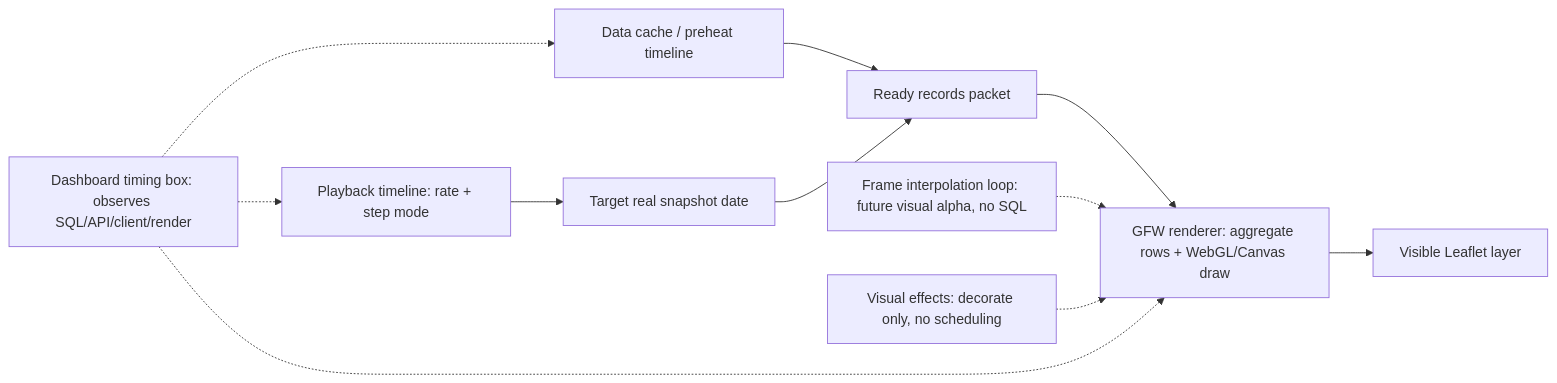
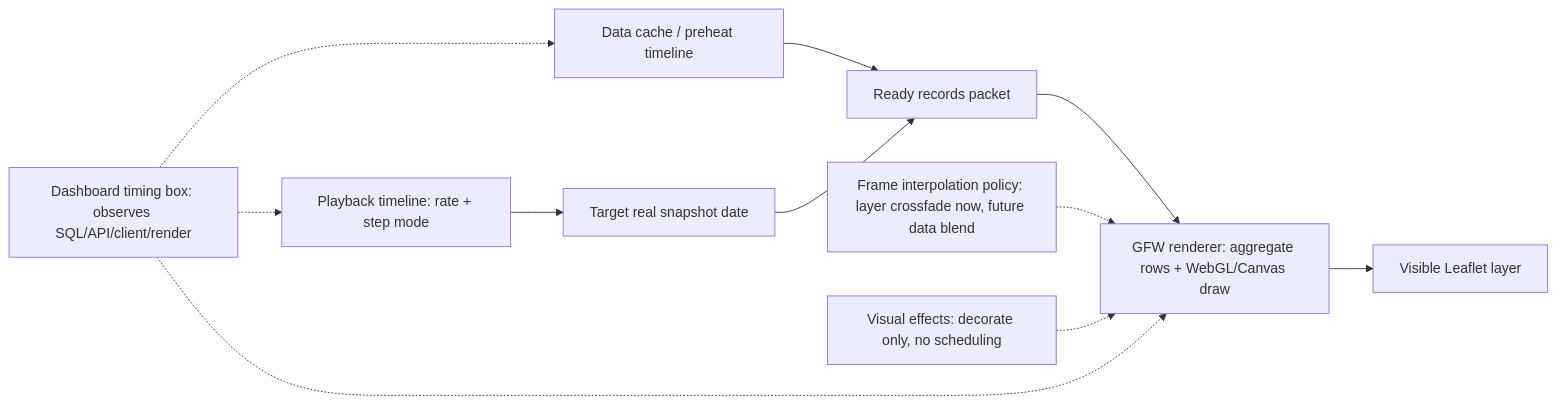
Before and after one commit to Kagamihara-Ruruka/gfw-flask-mysql-adapter: the second of 5 diagrams in README.md, drawn with Mermaid. The commit also changed other lines of this file and 8 other files, not shown here.

Commit message:
Add playback interpolation policy setting

````diff
--- a/README.md
+++ b/README.md
@@ -206,13 +207,13 @@
 ```mermaid
 flowchart LR
   Clock["Playback timeline: rate + step mode"] --> Target["Target real snapshot date"]
   Cache["Data cache / preheat timeline"] --> Packet["Ready records packet"]
   Target --> Packet
   Packet --> Renderer["GFW renderer: aggregate rows + WebGL/Canvas draw"]
-  Interp["Frame interpolation loop: future visual alpha, no SQL"] -.-> Renderer
+  Interp["Frame interpolation policy: layer crossfade now, future data blend"] -.-> Renderer
   Effects["Visual effects: decorate only, no scheduling"] -.-> Renderer
   Renderer --> Map["Visible Leaflet layer"]
   Metrics["Dashboard timing box: observes SQL/API/client/render"] -.-> Clock
   Metrics -.-> Cache
   Metrics -.-> Renderer
 ```
````
